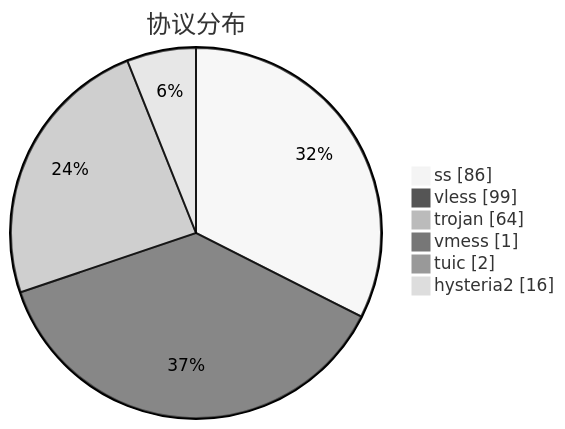
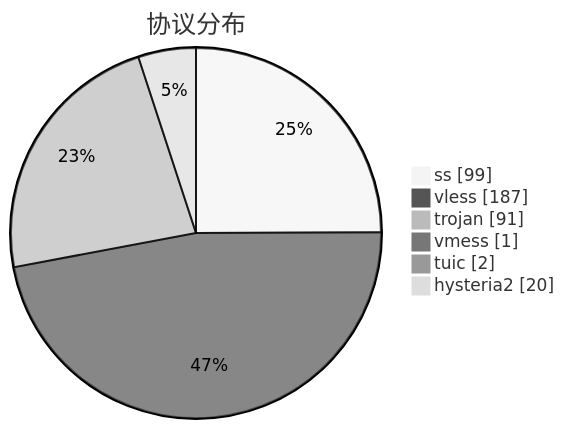
The third of 3 diagrams in subs/statistics/tested_within.md (qjlxg/airport), drawn with Mermaid (neutral theme) before and after one commit. The commit also changed other lines of this file and 2 other files, not shown here.

````diff
--- a/subs/statistics/tested_within.md
+++ b/subs/statistics/tested_within.md
@@ -32,10 +36,10 @@
 ```mermaid
 pie showData
 title 协议分布
-"ss" : 86
-"vless" : 99
-"trojan" : 64
+"ss" : 99
+"vless" : 187
+"trojan" : 91
 "vmess" : 1
 "tuic" : 2
-"hysteria2" : 16
+"hysteria2" : 20
 ```
````
